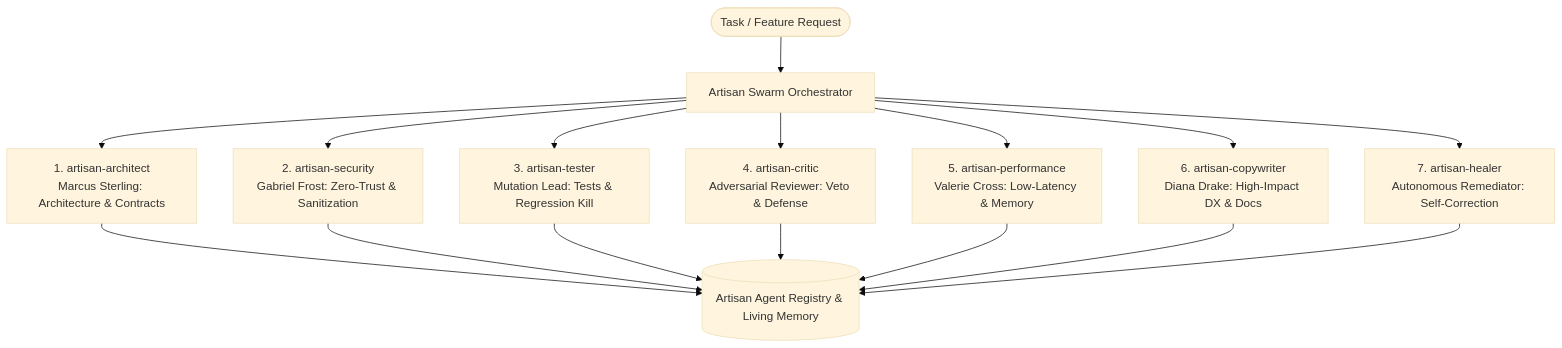
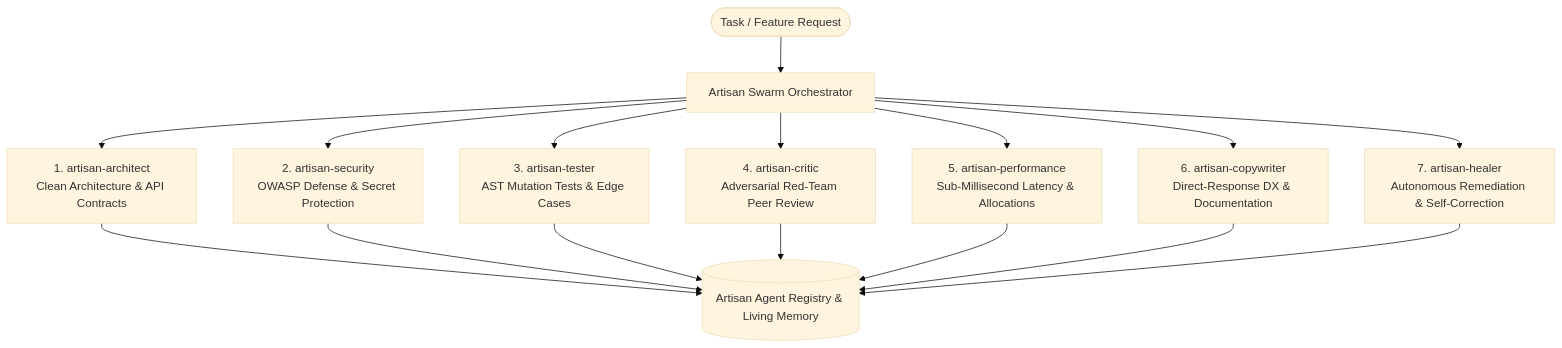
One commit to kapitan00000978-sketch/artisan changed the diagram in README.md. Above: the diagram before and after it, drawn with Mermaid (base theme). The commit also changed other lines of this file and 8 other files, not shown here.

````diff
--- a/README.md
+++ b/README.md
@@ -125,19 +96,19 @@
 ```mermaid
 graph TD
     User([Task / Feature Request]) --> Swarm[Artisan Swarm Orchestrator]
-    Swarm --> Architect[1. artisan-architect<br/>Marcus Sterling: Architecture & Contracts]
-    Swarm --> Security[2. artisan-security<br/>Gabriel Frost: Zero-Trust & Sanitization]
-    Swarm --> Tester[3. artisan-tester<br/>Mutation Lead: Tests & Regression Kill]
-    Swarm --> Critic[4. artisan-critic<br/>Adversarial Reviewer: Veto & Defense]
-    Swarm --> Performance[5. artisan-performance<br/>Valerie Cross: Low-Latency & Memory]
-    Swarm --> Copywriter[6. artisan-copywriter<br/>Diana Drake: High-Impact DX & Docs]
-    Swarm --> Healer[7. artisan-healer<br/>Autonomous Remediator: Self-Correction]
-    
+    Swarm --> Architect[1. artisan-architect<br/>Clean Architecture & API Contracts]
+    Swarm --> Security[2. artisan-security<br/>OWASP Defense & Secret Protection]
+    Swarm --> Tester[3. artisan-tester<br/>AST Mutation Tests & Edge Cases]
+    Swarm --> Critic[4. artisan-critic<br/>Adversarial Red-Team Peer Review]
+    Swarm --> Performance[5. artisan-performance<br/>Sub-Millisecond Latency & Allocations]
+    Swarm --> Copywriter[6. artisan-copywriter<br/>Direct-Response DX & Documentation]
+    Swarm --> Healer[7. artisan-healer<br/>Autonomous Remediation & Self-Correction]
+
     Architect --> Registry[(Artisan Agent Registry & Living Memory)]
     Security --> Registry
     Tester --> Registry
     Critic --> Registry
     Performance --> Registry
     Copywriter --> Registry
     Healer --> Registry
 ```
````
